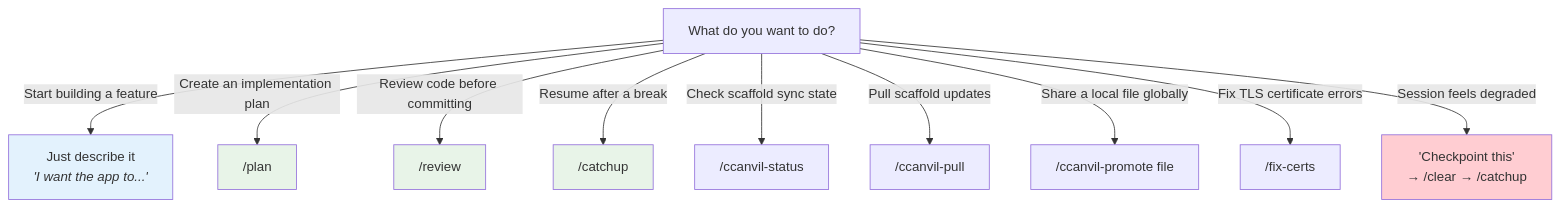
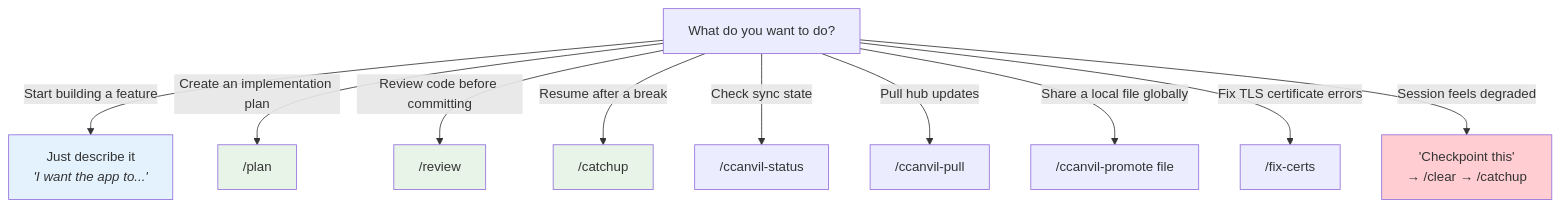
Before and after one commit to goldhaxx/fucina: the first of 3 diagrams in .ccanvil/guide/decision-guide.md, drawn with Mermaid. The commit also changed other lines of this file and 44 other files, not shown here.

First line of the commit message:
refactor: eradicate scaffold terminology — pull from updated hub

````diff
--- a/.ccanvil/guide/decision-guide.md
+++ b/.ccanvil/guide/decision-guide.md
@@ -5,20 +5,20 @@
 ```mermaid
 flowchart TD
     Q["What do you want to do?"]
 
     Q -->|"Start building a feature"| A1["Just describe it<br/><i>'I want the app to...'</i>"]
     Q -->|"Create an implementation plan"| A2["/plan"]
     Q -->|"Review code before committing"| A3["/review"]
     Q -->|"Resume after a break"| A4["/catchup"]
-    Q -->|"Check scaffold sync state"| A5["/ccanvil-status"]
-    Q -->|"Pull scaffold updates"| A6["/ccanvil-pull"]
+    Q -->|"Check sync state"| A5["/ccanvil-status"]
+    Q -->|"Pull hub updates"| A6["/ccanvil-pull"]
     Q -->|"Share a local file globally"| A7["/ccanvil-promote file"]
     Q -->|"Fix TLS certificate errors"| A8["/fix-certs"]
     Q -->|"Session feels degraded"| A9["'Checkpoint this'<br/>→ /clear → /catchup"]
 
     style A1 fill:#e3f2fd
     style A2 fill:#e8f4e8
     style A3 fill:#e8f4e8
     style A4 fill:#e8f4e8
     style A9 fill:#ffcdd2
 ```
````
